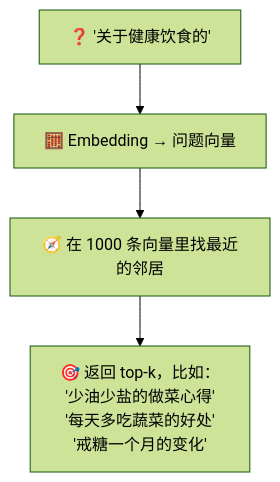
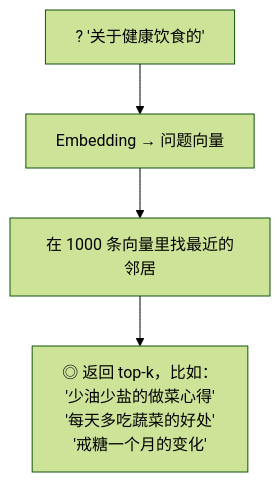
One commit to luckykhy/KhyAiHub changed the sixth of 7 diagrams in docs/02_CONCEPTS_概念入门/CONCEPT/[CONCEPT-10] 什么是向量数据库.md. Above: the diagram before and after it, drawn with Mermaid (forest theme). The commit also changed other lines of this file and 19 other files, not shown here.

````diff
--- a/docs/02_CONCEPTS_概念入门/CONCEPT/[CONCEPT-10] 什么是向量数据库.md
+++ b/docs/02_CONCEPTS_概念入门/CONCEPT/[CONCEPT-10] 什么是向量数据库.md
@@ -223,6 +223,6 @@
 ```mermaid
 flowchart TB
-  Q["❓ '关于健康饮食的'"] --> QV["🧮 Embedding → 问题向量"]
-  QV --> SEARCH["🧭 在 1000 条向量里找最近的邻居"]
-  SEARCH --> HIT["🎯 返回 top-k，比如：<br/>'少油少盐的做菜心得'<br/>'每天多吃蔬菜的好处'<br/>'戒糖一个月的变化'"]
+  Q["? '关于健康饮食的'"] --> QV["Embedding → 问题向量"]
+  QV --> SEARCH["在 1000 条向量里找最近的邻居"]
+  SEARCH --> HIT["◎ 返回 top-k，比如：<br/>'少油少盐的做菜心得'<br/>'每天多吃蔬菜的好处'<br/>'戒糖一个月的变化'"]
 ```
````
